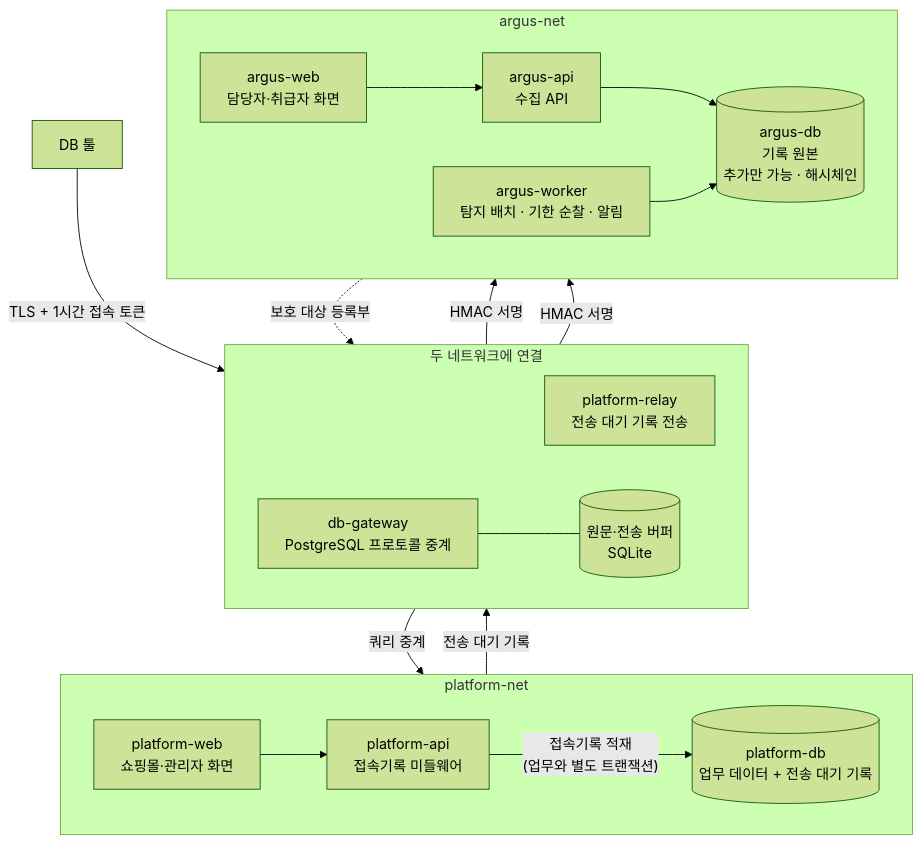
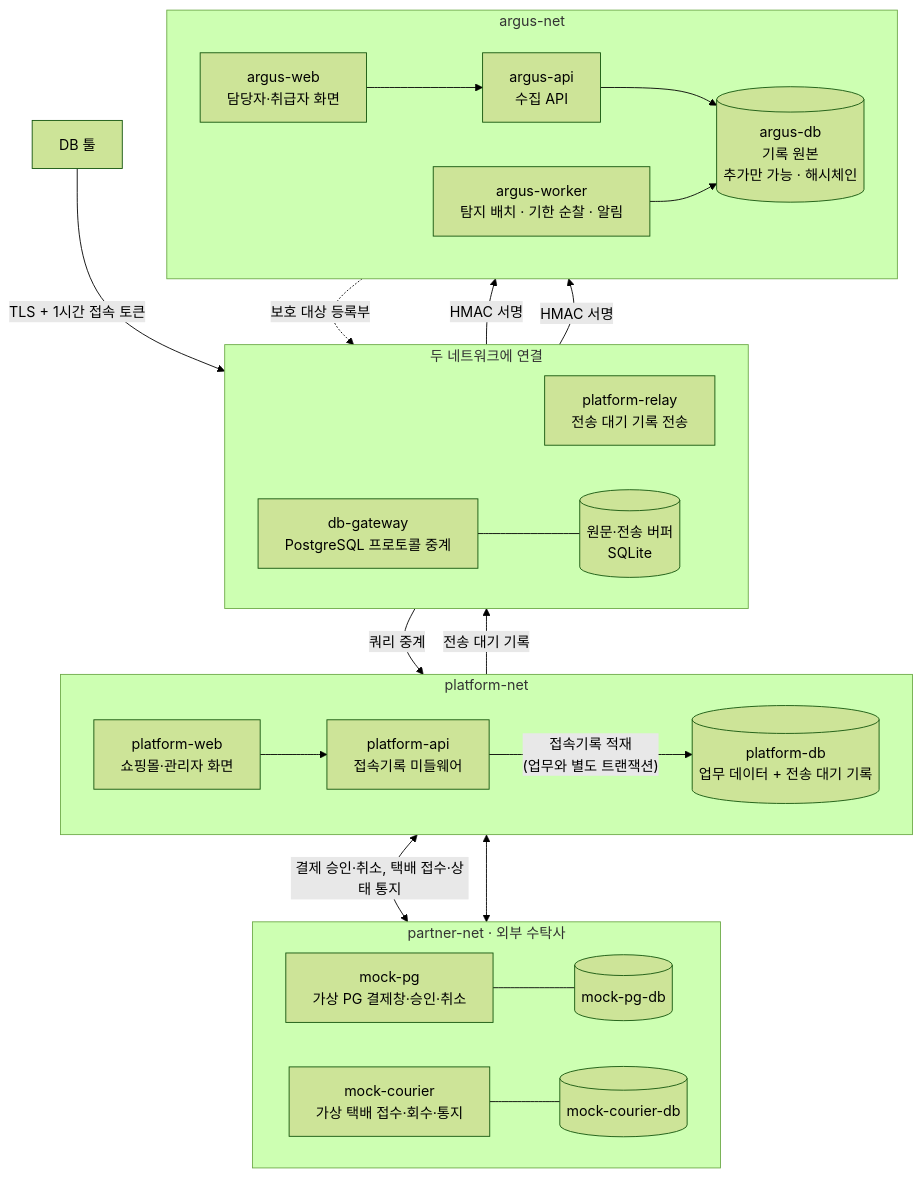
The second of 4 diagrams in README.md (Salgoo26/argus), drawn with Mermaid (forest theme) before and after one commit. The commit also changed other lines of this file and 8 other files, not shown here.

````diff
--- a/README.md
+++ b/README.md
@@ -141,32 +144,40 @@
 ```mermaid
 flowchart TB
     TOOL["DB 툴"]
 
     subgraph PNET["platform-net"]
         direction LR
         PW["platform-web<br/>쇼핑몰·관리자 화면"] --> PA["platform-api<br/>접속기록 미들웨어"]
         PA -->|"접속기록 적재<br/>(업무와 별도 트랜잭션)"| PDB[("platform-db<br/>업무 데이터 + 전송 대기 기록")]
     end
 
     subgraph BRIDGE["두 네트워크에 연결"]
         direction LR
         PR["platform-relay<br/>전송 대기 기록 전송"]
         GW["db-gateway<br/>PostgreSQL 프로토콜 중계"]
         GWS[("원문·전송 버퍼<br/>SQLite")]
         GW --- GWS
     end
 
     subgraph ANET["argus-net"]
         direction LR
         AWEB["argus-web<br/>담당자·취급자 화면"] --> AA["argus-api<br/>수집 API"]
         AA --> ADB[("argus-db<br/>기록 원본<br/>추가만 가능 · 해시체인")]
         AW["argus-worker<br/>탐지 배치 · 기한 순찰 · 알림"] --> ADB
     end
 
+    subgraph PARTNERNET["partner-net · 외부 수탁사"]
+        direction LR
+        MPG["mock-pg<br/>가상 PG 결제창·승인·취소"] --- MPGDB[("mock-pg-db")]
+        MCO["mock-courier<br/>가상 택배 접수·회수·통지"] --- MCODB[("mock-courier-db")]
+    end
+
     TOOL -->|"TLS + 1시간 접속 토큰"| GW
     PDB -->|"전송 대기 기록"| PR
     GW -->|"쿼리 중계"| PDB
     PR -->|"HMAC 서명"| AA
     GW -->|"HMAC 서명"| AA
     AA -.->|"보호 대상 등록부"| GW
+    PA <-->|"결제 승인·취소, 택배 접수·상태 통지"| MPG
+    PA <--> MCO
 ```
````
